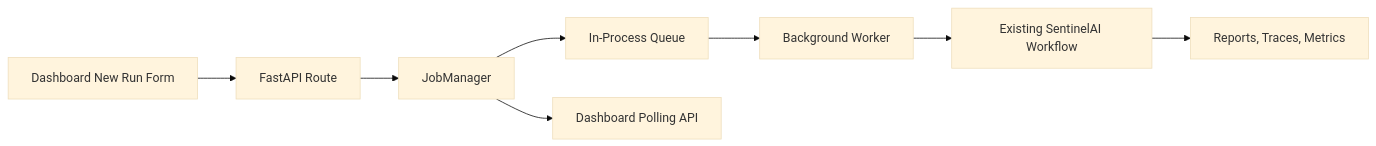
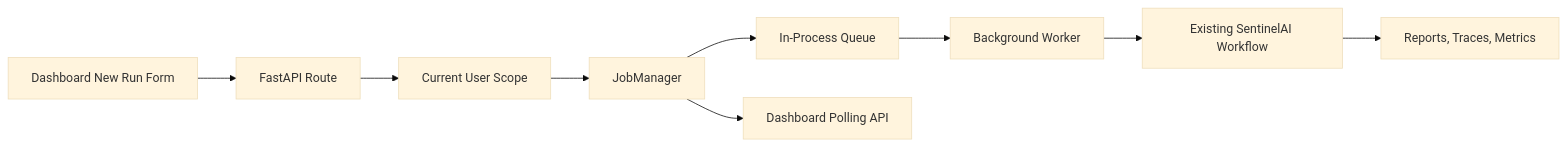
The diagram in docs/JOBS.md (nexusBL/SentinelAI), drawn with Mermaid (base theme) before and after one commit. The commit also changed other lines of this file and 32 other files, not shown here.

````diff
--- a/docs/JOBS.md
+++ b/docs/JOBS.md
@@ -25,10 +25,11 @@
 ```mermaid
 flowchart LR
     Form[Dashboard New Run Form] --> API[FastAPI Route]
-    API --> Manager[JobManager]
+    API --> Auth[Current User Scope]
+    Auth --> Manager[JobManager]
     Manager --> Queue[In-Process Queue]
     Queue --> Worker[Background Worker]
     Worker --> Workflow[Existing SentinelAI Workflow]
     Workflow --> Artifacts[Reports, Traces, Metrics]
     Manager --> Polling[Dashboard Polling API]
 ```
````
